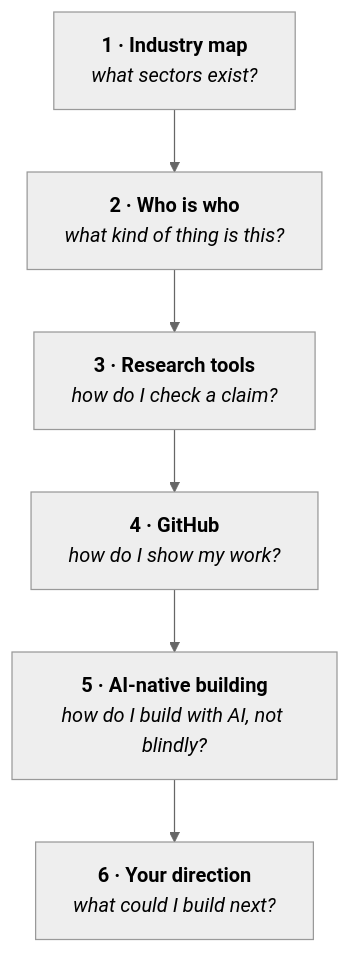
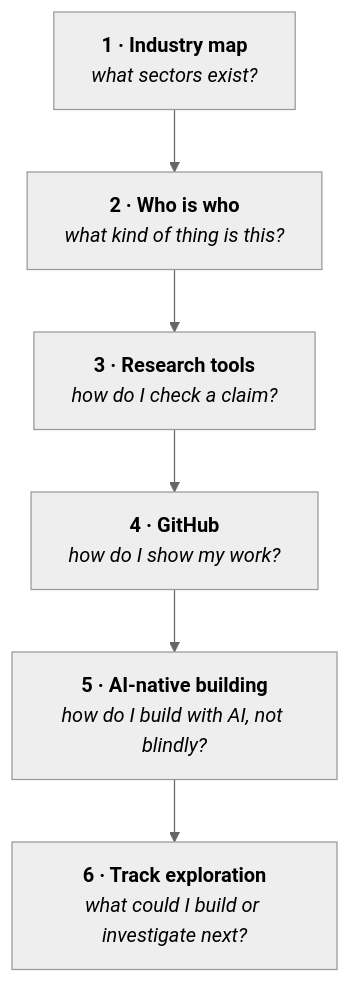
One commit to Blockchain-NTU-SG/academy-handbook changed the diagram in docs/foundation/week-4/README.md. Above: the diagram before and after it, drawn with Mermaid (neutral theme). The commit also changed other lines of this file and 38 other files, not shown here.

````diff
--- a/docs/foundation/week-4/README.md
+++ b/docs/foundation/week-4/README.md
@@ -40,10 +40,10 @@
 ```mermaid
 flowchart TD
   P1["<b>1 · Industry map</b><br/><i>what sectors exist?</i>"]
   P2["<b>2 · Who is who</b><br/><i>what kind of thing is this?</i>"]
   P3["<b>3 · Research tools</b><br/><i>how do I check a claim?</i>"]
   P4["<b>4 · GitHub</b><br/><i>how do I show my work?</i>"]
   P5["<b>5 · AI-native building</b><br/><i>how do I build with AI, not blindly?</i>"]
-  P6["<b>6 · Your direction</b><br/><i>what could I build next?</i>"]
+  P6["<b>6 · Track exploration</b><br/><i>what could I build or investigate next?</i>"]
   P1 --> P2 --> P3 --> P4 --> P5 --> P6
 ```
````
